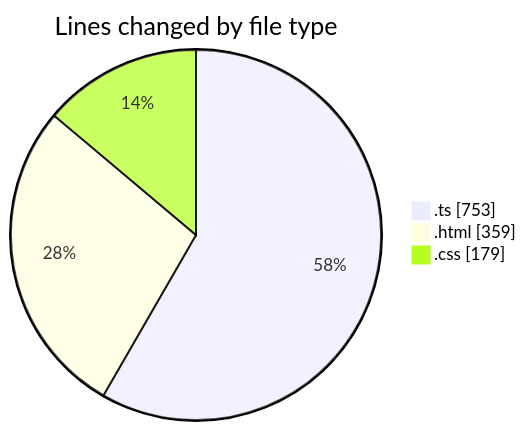
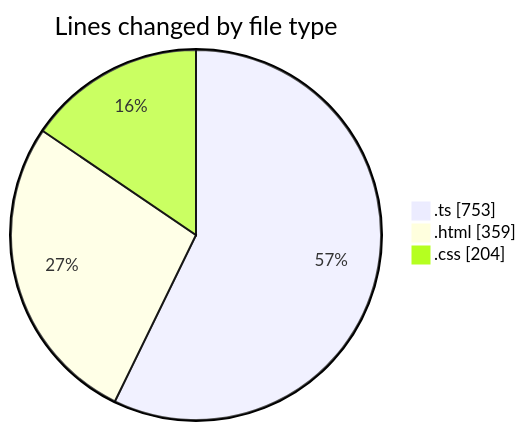
One commit to igalym/code-tracking changed the first of 2 diagrams in 2026-01-05/budget_front_nest/README.md. Above: the diagram before and after it, drawn with Mermaid. The commit also changed other lines of this file and 1 other file, not shown here.

````diff
--- a/2026-01-05/budget_front_nest/README.md
+++ b/2026-01-05/budget_front_nest/README.md
@@ -24,7 +24,7 @@
 ```mermaid
 pie showData
 title Lines changed by file type
 ".ts" : 753
 ".html" : 359
-".css" : 179
+".css" : 204
 ```
````
